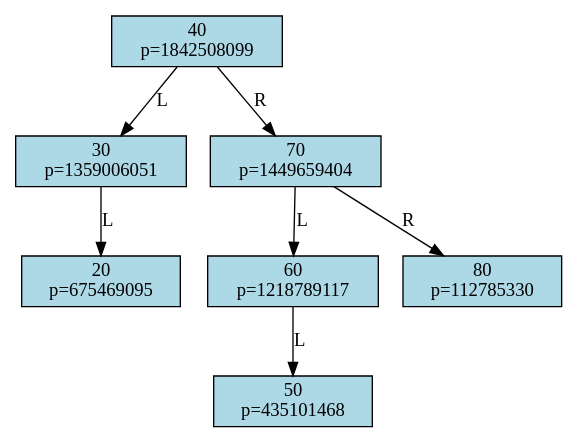
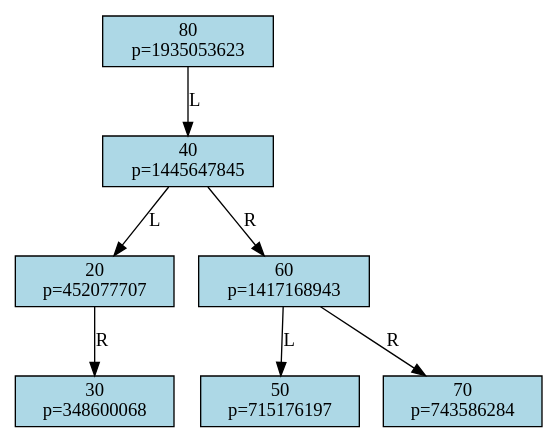
The diagram in output/dots/treap/estado_antes_remocao.dot (rafa16w34/Trabalho1-AEDS2), drawn with Graphviz before and after one commit. The commit also changed 15 other files, not shown here.

```diff
--- a/output/dots/treap/estado_antes_remocao.dot
+++ b/output/dots/treap/estado_antes_remocao.dot
@@ -1,16 +1,16 @@
 digraph TreapTree {
     node [shape=record, style=filled, fillcolor=lightblue];
-    node0x562a82bd0bd0 [label="40\np=1842508099"];
-    node0x562a82bd0bd0 -> node0x562a82bd0c20 [label="L"];
-    node0x562a82bd0c20 [label="30\np=1359006051"];
-    node0x562a82bd0c20 -> node0x562a82bd0c70 [label="L"];
-    node0x562a82bd0c70 [label="20\np=675469095"];
-    node0x562a82bd0bd0 -> node0x562a82bd0d60 [label="R"];
-    node0x562a82bd0d60 [label="70\np=1449659404"];
-    node0x562a82bd0d60 -> node0x562a82bce840 [label="L"];
-    node0x562a82bce840 [label="60\np=1218789117"];
-    node0x562a82bce840 -> node0x562a82bd0cc0 [label="L"];
-    node0x562a82bd0cc0 [label="50\np=435101468"];
-    node0x562a82bd0d60 -> node0x562a82bd33f0 [label="R"];
-    node0x562a82bd33f0 [label="80\np=112785330"];
+    node0x5cd3e0de73f0 [label="80\np=1935053623"];
+    node0x5cd3e0de73f0 -> node0x5cd3e0de4bd0 [label="L"];
+    node0x5cd3e0de4bd0 [label="40\np=1445647845"];
+    node0x5cd3e0de4bd0 -> node0x5cd3e0de4c70 [label="L"];
+    node0x5cd3e0de4c70 [label="20\np=452077707"];
+    node0x5cd3e0de4c70 -> node0x5cd3e0de4c20 [label="R"];
+    node0x5cd3e0de4c20 [label="30\np=348600068"];
+    node0x5cd3e0de4bd0 -> node0x5cd3e0de2840 [label="R"];
+    node0x5cd3e0de2840 [label="60\np=1417168943"];
+    node0x5cd3e0de2840 -> node0x5cd3e0de4cc0 [label="L"];
+    node0x5cd3e0de4cc0 [label="50\np=715176197"];
+    node0x5cd3e0de2840 -> node0x5cd3e0de4d60 [label="R"];
+    node0x5cd3e0de4d60 [label="70\np=743586284"];
 }
```
